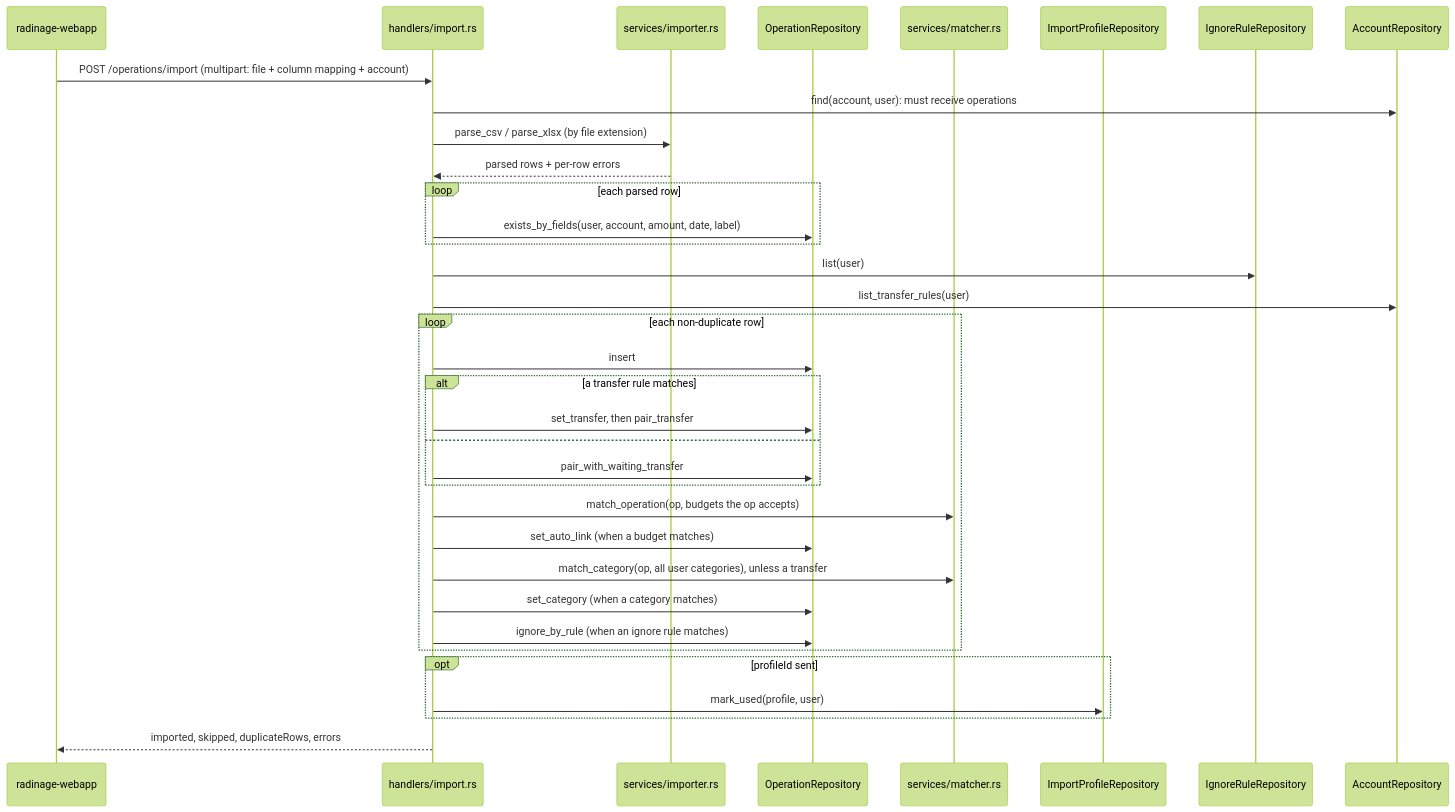
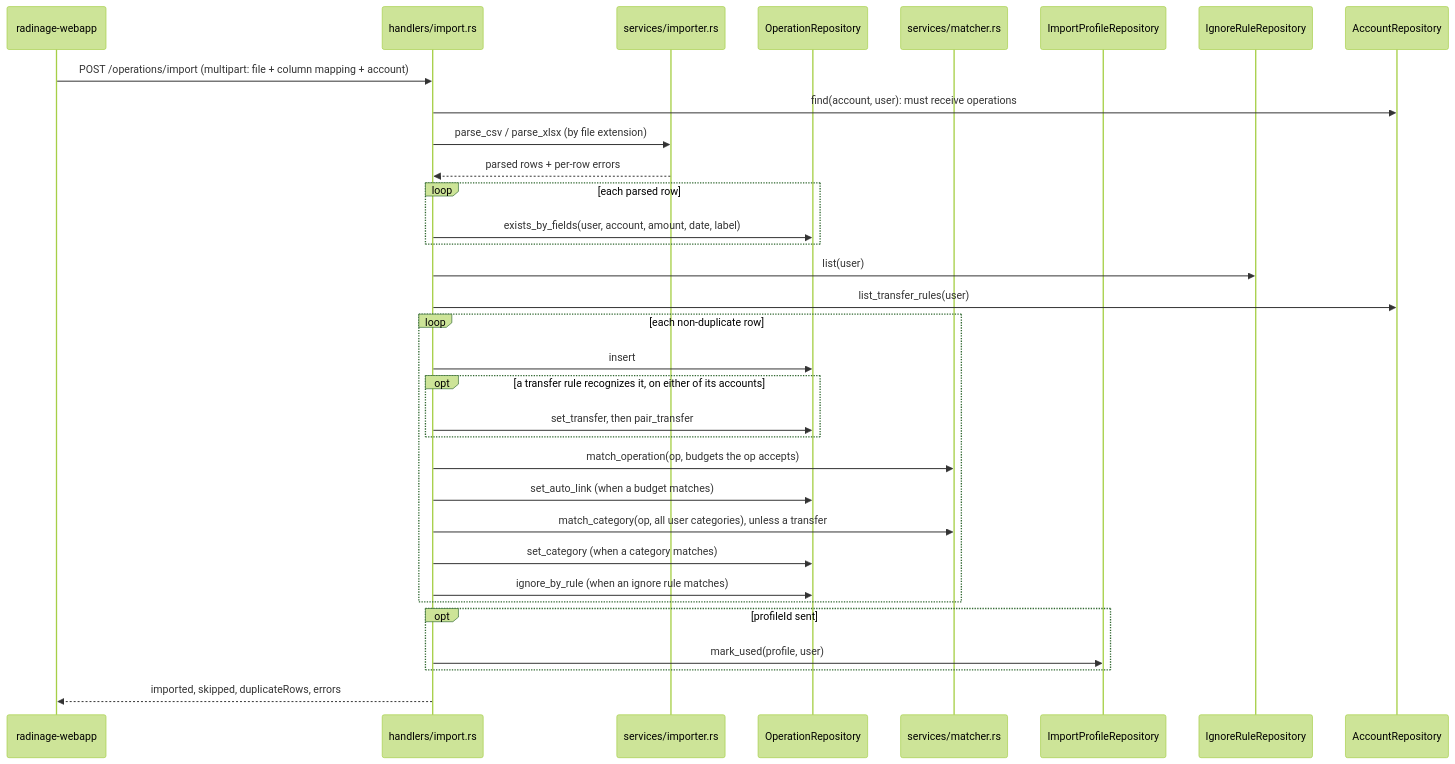
Before and after one commit to leroyguillaume/radinage: the second of 2 diagrams in ARCHITECTURE.md, drawn with Mermaid (forest theme). The commit also changed other lines of this file and 22 other files, not shown here.

````diff
--- a/ARCHITECTURE.md
+++ b/ARCHITECTURE.md
@@ -109,37 +109,35 @@
 ```mermaid
 sequenceDiagram
     participant SPA as radinage-webapp
     participant H as handlers/import.rs
     participant I as services/importer.rs
     participant R as OperationRepository
     participant M as services/matcher.rs
     participant P as ImportProfileRepository
     participant G as IgnoreRuleRepository
     participant A as AccountRepository
     SPA->>H: POST /operations/import (multipart: file + column mapping + account)
     H->>A: find(account, user): must receive operations
     H->>I: parse_csv / parse_xlsx (by file extension)
     I-->>H: parsed rows + per-row errors
     loop each parsed row
         H->>R: exists_by_fields(user, account, amount, date, label)
     end
     H->>G: list(user)
     H->>A: list_transfer_rules(user)
     loop each non-duplicate row
         H->>R: insert
-        alt a transfer rule matches
+        opt a transfer rule recognizes it, on either of its accounts
             H->>R: set_transfer, then pair_transfer
-        else
-            H->>R: pair_with_waiting_transfer
         end
         H->>M: match_operation(op, budgets the op accepts)
         H->>R: set_auto_link (when a budget matches)
         H->>M: match_category(op, all user categories), unless a transfer
         H->>R: set_category (when a category matches)
         H->>R: ignore_by_rule (when an ignore rule matches)
     end
     opt profileId sent
         H->>P: mark_used(profile, user)
     end
     H-->>SPA: imported, skipped, duplicateRows, errors
 ```
````
